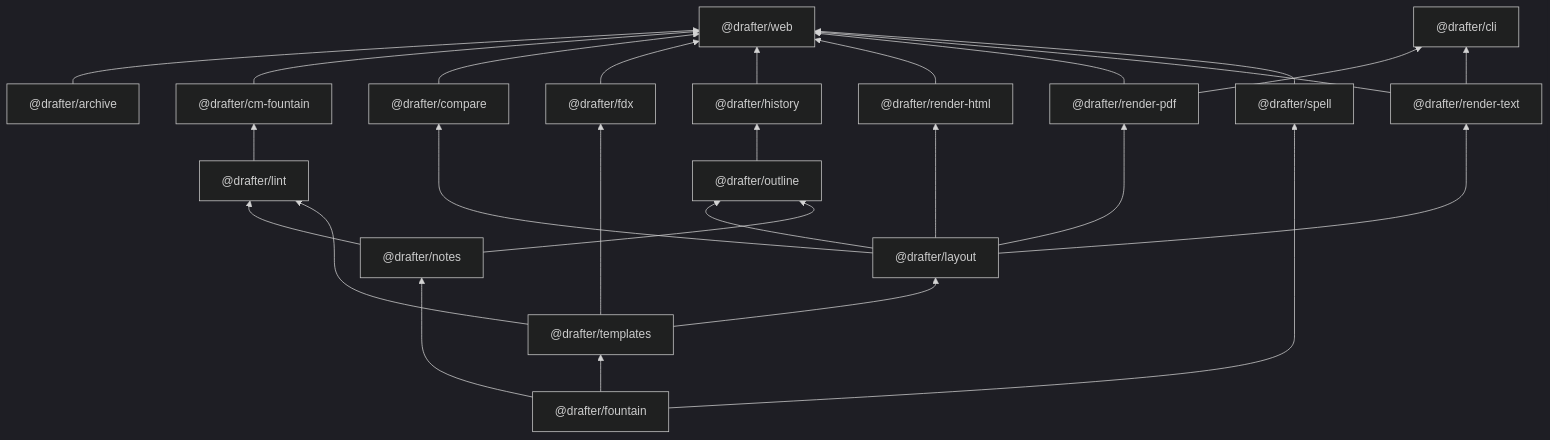
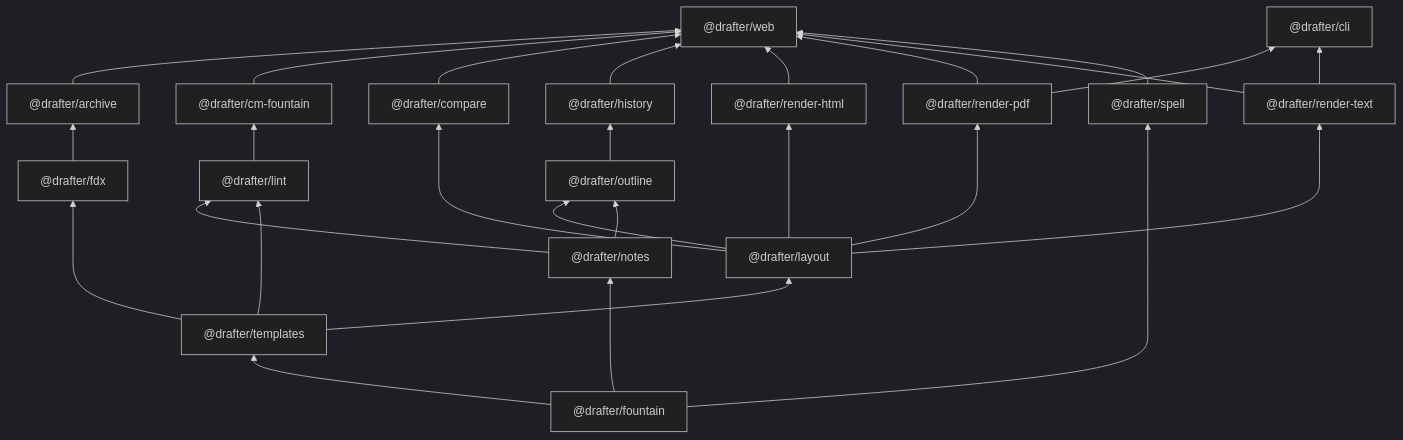
Before and after one commit to cschweda/drafter: the first of 5 diagrams in docs/technical-details.md, drawn with Mermaid (dark theme). The commit also changed 20 other files, not shown here.

````diff
--- a/docs/technical-details.md
+++ b/docs/technical-details.md
@@ -36,46 +36,46 @@
 ```mermaid
 flowchart BT
   web["@drafter/web"]
   cli["@drafter/cli"]
   cm_fountain["@drafter/cm-fountain"]
   outline["@drafter/outline"]
   compare["@drafter/compare"]
   history["@drafter/history"]
   render_pdf["@drafter/render-pdf"]
   render_html["@drafter/render-html"]
   render_text["@drafter/render-text"]
   layout["@drafter/layout"]
   lint["@drafter/lint"]
   fdx["@drafter/fdx"]
   archive["@drafter/archive"]
   templates["@drafter/templates"]
   notes["@drafter/notes"]
   spell["@drafter/spell"]
   fountain["@drafter/fountain"]
   archive --> web
   cm_fountain --> web
   compare --> web
-  fdx --> web
   history --> web
   render_html --> web
   render_pdf --> web
   render_text --> web
   spell --> web
   render_pdf --> cli
   render_text --> cli
   lint --> cm_fountain
   layout --> outline
   notes --> outline
   layout --> compare
   outline --> history
   layout --> render_pdf
   layout --> render_html
   layout --> render_text
   templates --> layout
   notes --> lint
   templates --> lint
   templates --> fdx
+  fdx --> archive
   fountain --> templates
   fountain --> notes
   fountain --> spell
 ```
````
